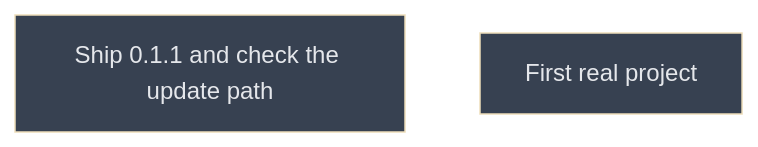
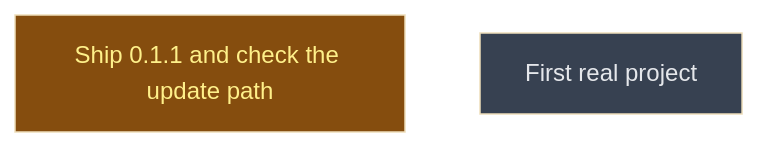
The diagram in __roadmap__/claude_code_release/next/next/next/next/next/README.md (CrackingShells/Murmuration), drawn with Mermaid (base theme) before and after one commit. The commit also changed other lines of this file and 4 other files, not shown here.

Commit message:
docs(roadmap): close level 4 (lab_pi_choice, readme_install)

````diff
--- a/__roadmap__/claude_code_release/next/next/next/next/next/README.md
+++ b/__roadmap__/claude_code_release/next/next/next/next/next/README.md
@@ -16,10 +16,10 @@
 ```mermaid
 graph TD
-    ship_update[Ship 0.1.1 and check the update path]:::planned
+    ship_update[Ship 0.1.1 and check the update path]:::inprogress
     next[First real project]:::planned
     classDef done       fill:#166534,color:#bbf7d0
     classDef inprogress fill:#854d0e,color:#fef08a
     classDef planned    fill:#374151,color:#e5e7eb
     classDef amendment  fill:#1e3a5f,color:#bfdbfe
     classDef blocked    fill:#7f1d1d,color:#fecaca
 ```
````
